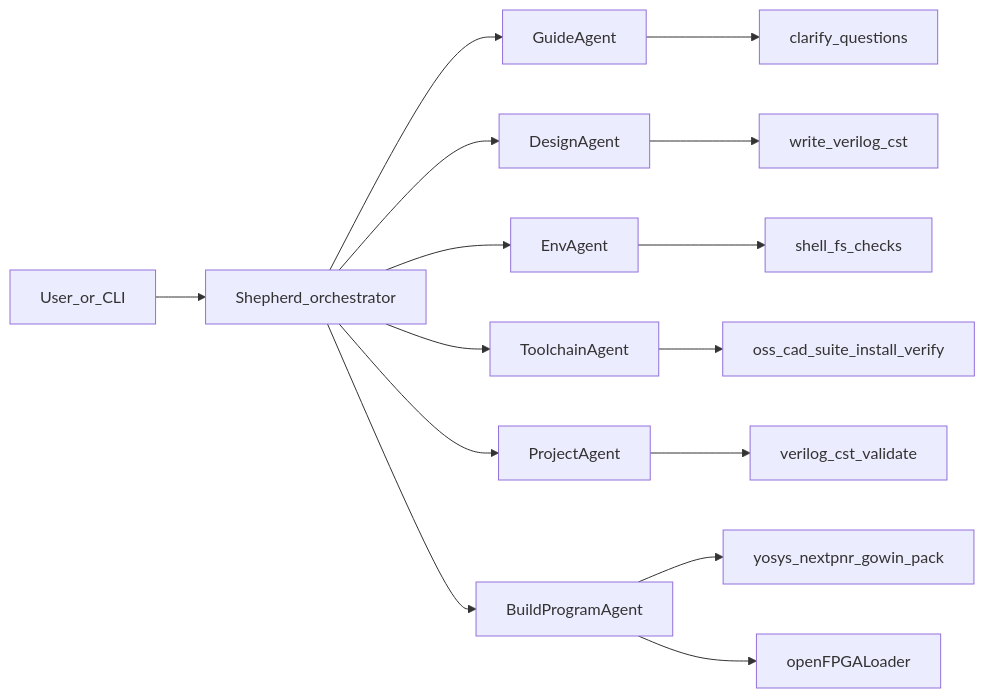
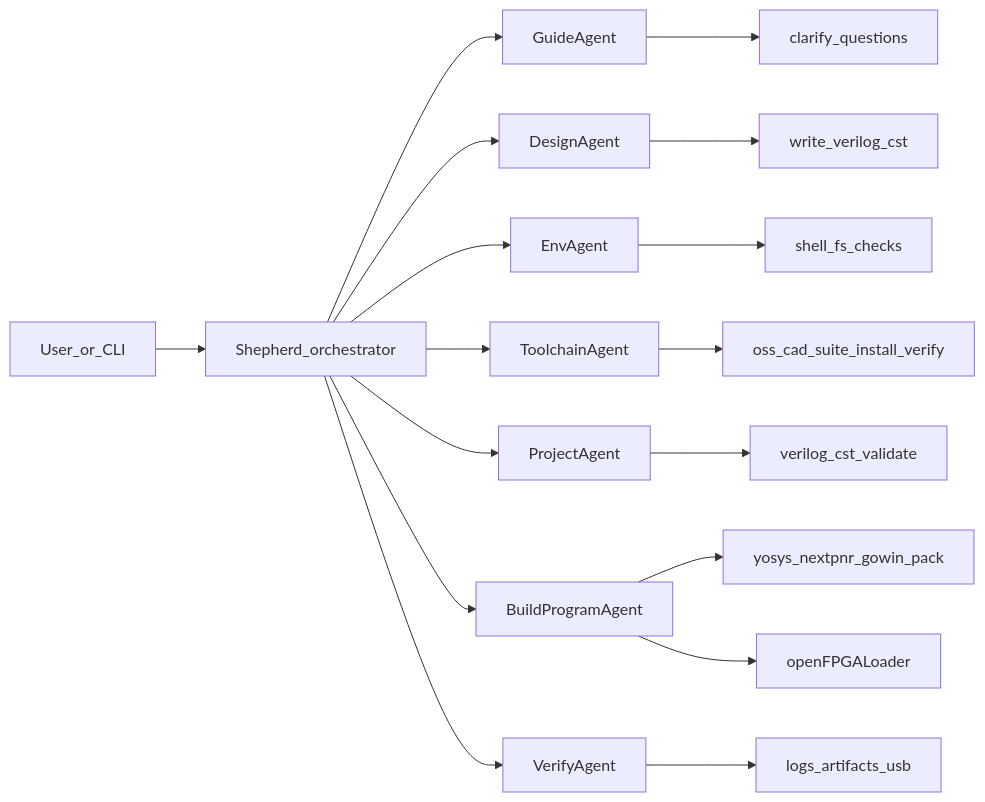
The second of 2 diagrams in PLAN.md (stepacool/FPGA-shepherd), drawn with Mermaid before and after one commit. The commit also changed other lines of this file, not shown here.

First line of the commit message:
Integrate VerifyAgent into the FPGA Shepherd project plan, ensuring automatic checks after validation, build, and programming steps.

````diff
--- a/PLAN.md
+++ b/PLAN.md
@@ -75,17 +75,19 @@
 ```mermaid
 flowchart LR
   User[User_or_CLI] --> Shepherd[Shepherd_orchestrator]
   Shepherd --> Guide[GuideAgent]
   Shepherd --> Design[DesignAgent]
   Shepherd --> Env[EnvAgent]
   Shepherd --> Toolchain[ToolchainAgent]
   Shepherd --> Project[ProjectAgent]
   Shepherd --> Build[BuildProgramAgent]
+  Shepherd --> Verify[VerifyAgent]
   Guide --> Chat[clarify_questions]
   Design --> Files[write_verilog_cst]
   Env --> ShellTools[shell_fs_checks]
   Toolchain --> OssCad[oss_cad_suite_install_verify]
   Project --> VerilogCst[verilog_cst_validate]
   Build --> YosysNextpnr[yosys_nextpnr_gowin_pack]
   Build --> Loader[openFPGALoader]
+  Verify --> Logs[logs_artifacts_usb]
 ```
````
